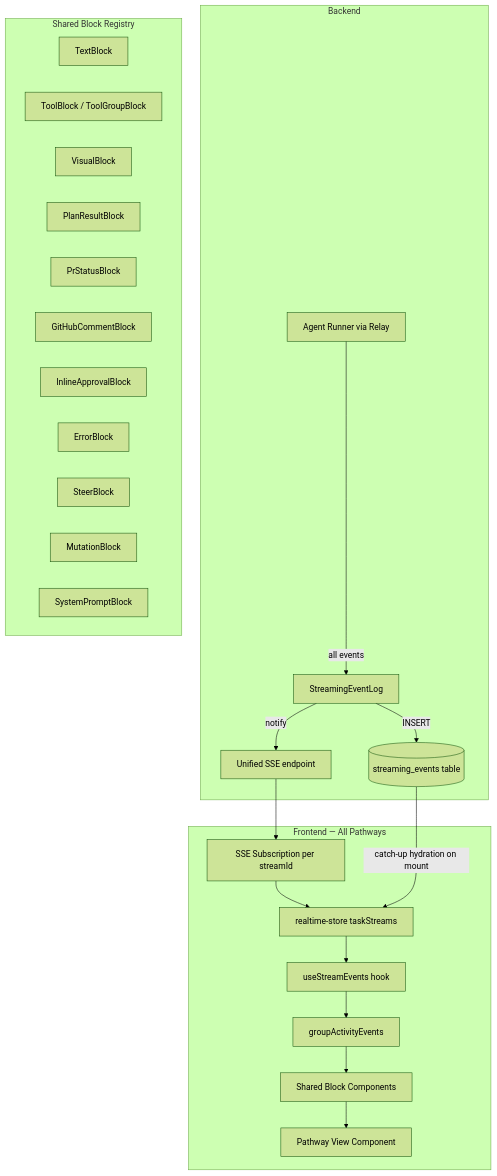
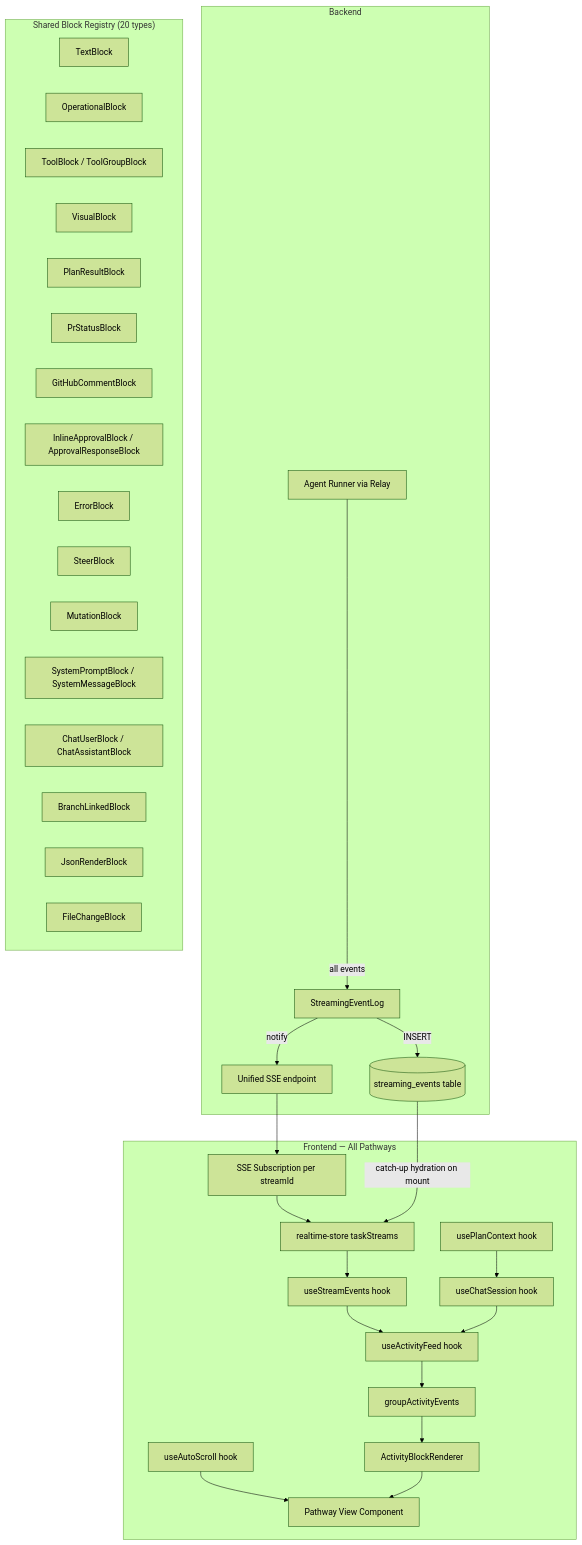
One commit to fuxialexander/astro changed the second of 2 diagrams in docs/design/UNIFIED_STREAMING_PIPELINE.md. Above: the diagram before and after it, drawn with Mermaid (forest theme). The commit also changed other lines of this file, not shown here.

First line of the commit message:
docs: update UNIFIED_STREAMING_PIPELINE with five-hook architecture and 20-block renderer

````diff
--- a/docs/design/UNIFIED_STREAMING_PIPELINE.md
+++ b/docs/design/UNIFIED_STREAMING_PIPELINE.md
@@ -176,44 +188,57 @@
 ```mermaid
 graph TD
     subgraph "Backend"
         AR[Agent Runner via Relay]
         SEL[StreamingEventLog]
         DB[(streaming_events table)]
         SSE_UNIFIED[Unified SSE endpoint]
 
         AR -->|all events| SEL
         SEL -->|INSERT| DB
         SEL -->|notify| SSE_UNIFIED
     end
 
     subgraph "Frontend — All Pathways"
         SSE_SUB[SSE Subscription per streamId]
         USE_SE[useStreamEvents hook]
+        USE_AF[useActivityFeed hook]
+        USE_CS[useChatSession hook]
+        USE_AS[useAutoScroll hook]
+        USE_PC[usePlanContext hook]
         RS[realtime-store taskStreams]
         GAE[groupActivityEvents]
-        BLOCKS[Shared Block Components]
+        ABR[ActivityBlockRenderer]
         VIEW[Pathway View Component]
 
         SSE_UNIFIED --> SSE_SUB
         SSE_SUB --> RS
         DB -->|catch-up hydration on mount| RS
         RS --> USE_SE
-        USE_SE --> GAE
-        GAE --> BLOCKS
-        BLOCKS --> VIEW
+        USE_SE --> USE_AF
+        USE_AF --> GAE
+        USE_CS --> USE_AF
+        GAE --> ABR
+        USE_AS --> VIEW
+        USE_PC --> USE_CS
+        ABR --> VIEW
     end
 
-    subgraph "Shared Block Registry"
+    subgraph "Shared Block Registry (20 types)"
         TB[TextBlock]
+        OPS[OperationalBlock]
         TOOL[ToolBlock / ToolGroupBlock]
         VIS[VisualBlock]
         PLAN[PlanResultBlock]
         PR[PrStatusBlock]
         GH[GitHubCommentBlock]
-        APPR[InlineApprovalBlock]
+        APPR[InlineApprovalBlock / ApprovalResponseBlock]
         ERR[ErrorBlock]
         STEER[SteerBlock]
         MUT[MutationBlock]
-        SYS[SystemPromptBlock]
+        SYS[SystemPromptBlock / SystemMessageBlock]
+        CHAT[ChatUserBlock / ChatAssistantBlock]
+        BRANCH[BranchLinkedBlock]
+        JSON[JsonRenderBlock]
+        FC[FileChangeBlock]
     end
 ```
````
